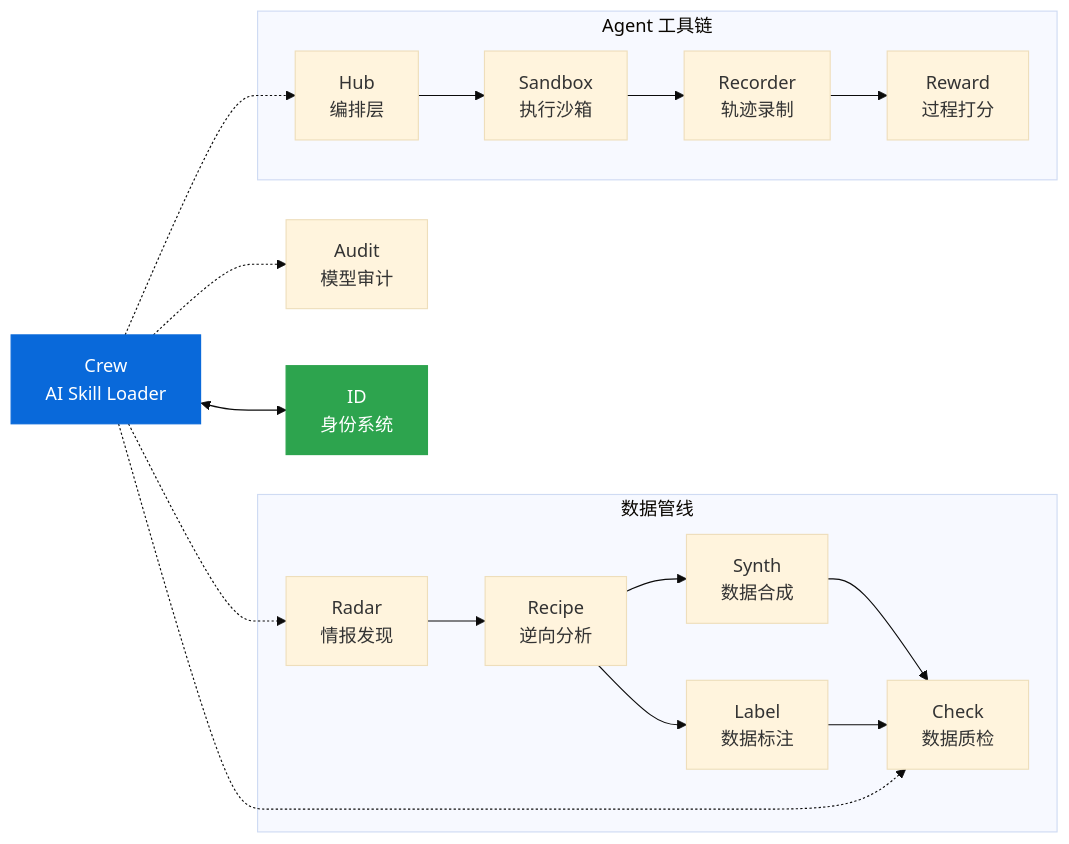
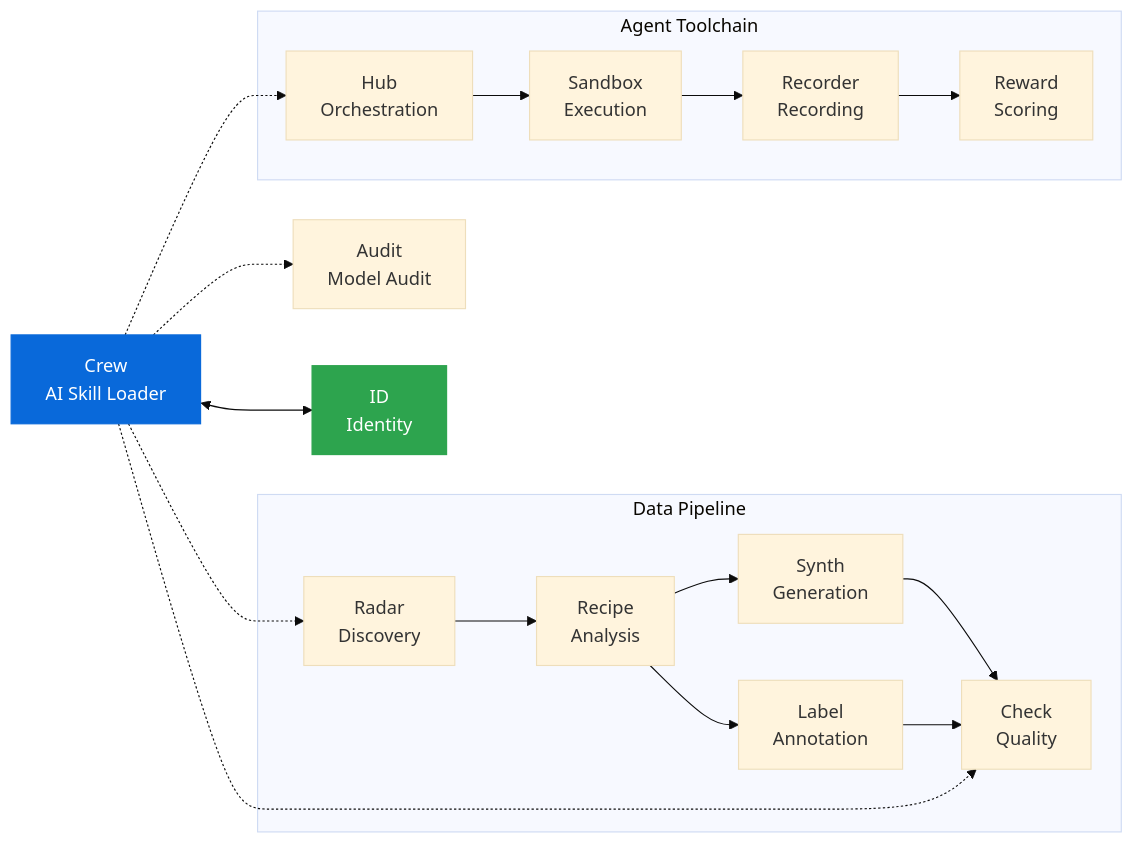
Before and after one commit to liuxiaotong/knowlyr-crew: the second of 2 diagrams in README.md, drawn with Mermaid (base theme). The commit also changed other lines of this file and 14 other files, not shown here.

````diff
--- a/README.md
+++ b/README.md
@@ -270,25 +311,25 @@
 ```mermaid
 graph LR
-    subgraph 数据管线
-        Radar["Radar<br/>情报发现"] --> Recipe["Recipe<br/>逆向分析"]
-        Recipe --> Synth["Synth<br/>数据合成"]
-        Recipe --> Label["Label<br/>数据标注"]
-        Synth --> Check["Check<br/>数据质检"]
+    subgraph Data Pipeline
+        Radar["Radar<br/>Discovery"] --> Recipe["Recipe<br/>Analysis"]
+        Recipe --> Synth["Synth<br/>Generation"]
+        Recipe --> Label["Label<br/>Annotation"]
+        Synth --> Check["Check<br/>Quality"]
         Label --> Check
     end
-    Audit["Audit<br/>模型审计"]
-    subgraph Agent 工具链
-        Hub["Hub<br/>编排层"] --> Sandbox["Sandbox<br/>执行沙箱"]
-        Sandbox --> Recorder["Recorder<br/>轨迹录制"]
-        Recorder --> Reward["Reward<br/>过程打分"]
+    Audit["Audit<br/>Model Audit"]
+    subgraph Agent Toolchain
+        Hub["Hub<br/>Orchestration"] --> Sandbox["Sandbox<br/>Execution"]
+        Sandbox --> Recorder["Recorder<br/>Recording"]
+        Recorder --> Reward["Reward<br/>Scoring"]
     end
     Crew["Crew<br/>AI Skill Loader"]
-    ID["ID<br/>身份系统"]
+    ID["ID<br/>Identity"]
     Crew -.-> Radar
     Crew -.-> Check
     Crew -.-> Audit
     Crew -.-> Hub
     Crew <--> ID
     style Crew fill:#0969da,color:#fff,stroke:#0969da
     style ID fill:#2da44e,color:#fff,stroke:#2da44e
 ```
````
